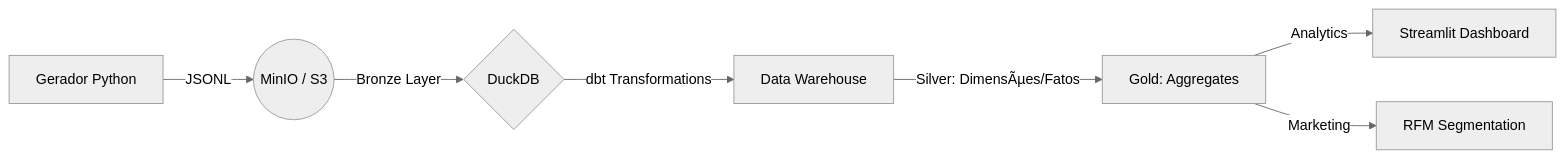
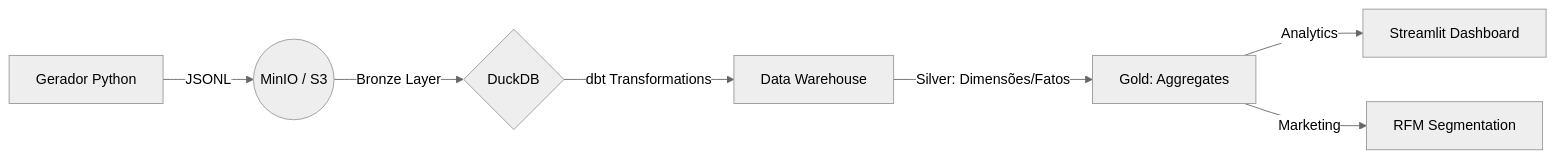
Before and after one commit to ricardoribs/luisbank-data-platform: the diagram in README.MD, drawn with Mermaid (neutral theme). The commit also changed other lines of this file, not shown here.

````diff
--- a/README.MD
+++ b/README.MD
@@ -15,9 +15,9 @@
 ```mermaid
 graph LR
     A[Gerador Python] -->|JSONL| B((MinIO / S3));
     B -->|Bronze Layer| C{DuckDB};
     C -->|dbt Transformations| D[Data Warehouse];
-    D -->|Silver: DimensÃµes/Fatos| E[Gold: Aggregates];
+    D -->|Silver: Dimensões/Fatos| E[Gold: Aggregates];
     E -->|Analytics| F[Streamlit Dashboard];
     E -->|Marketing| G[RFM Segmentation];
 ```
````
